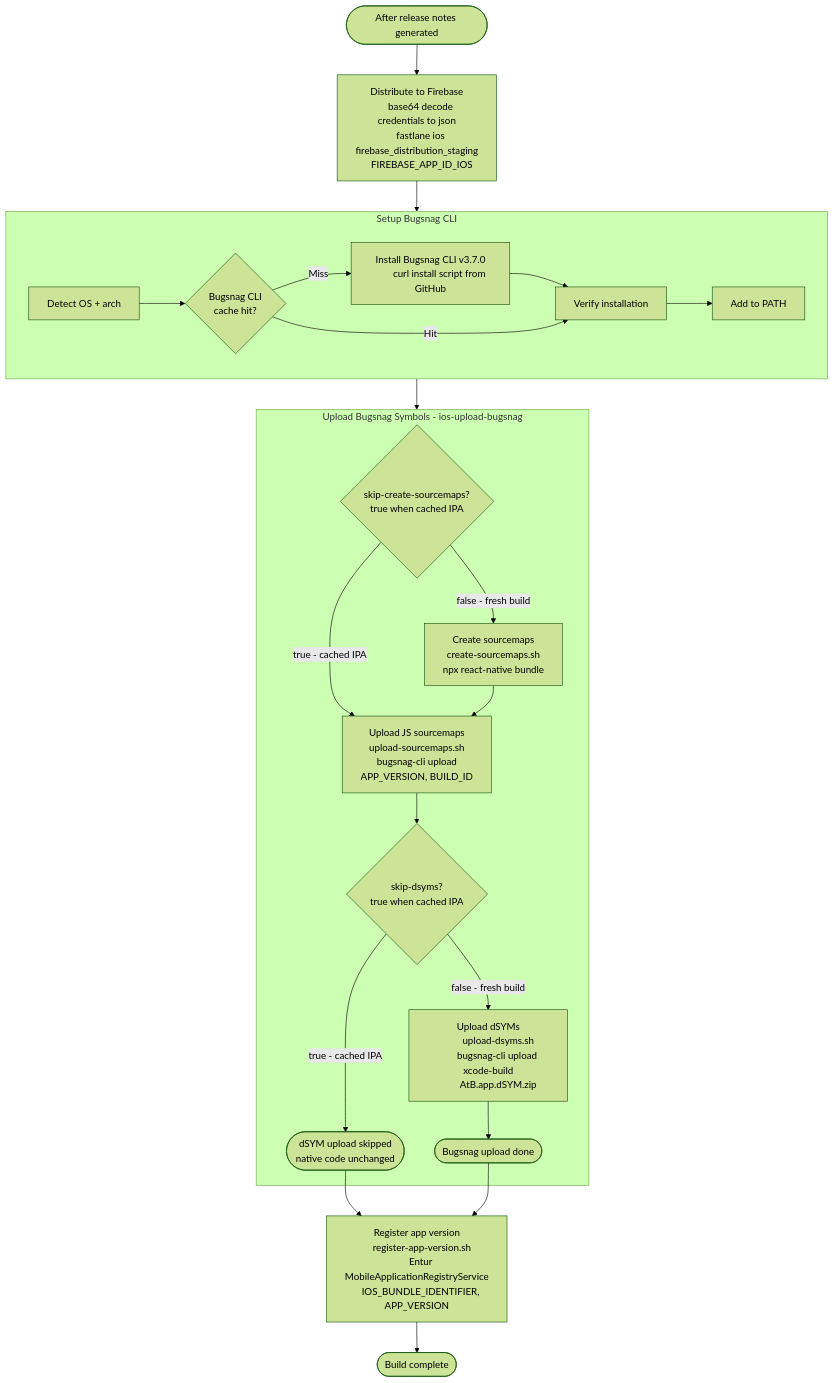
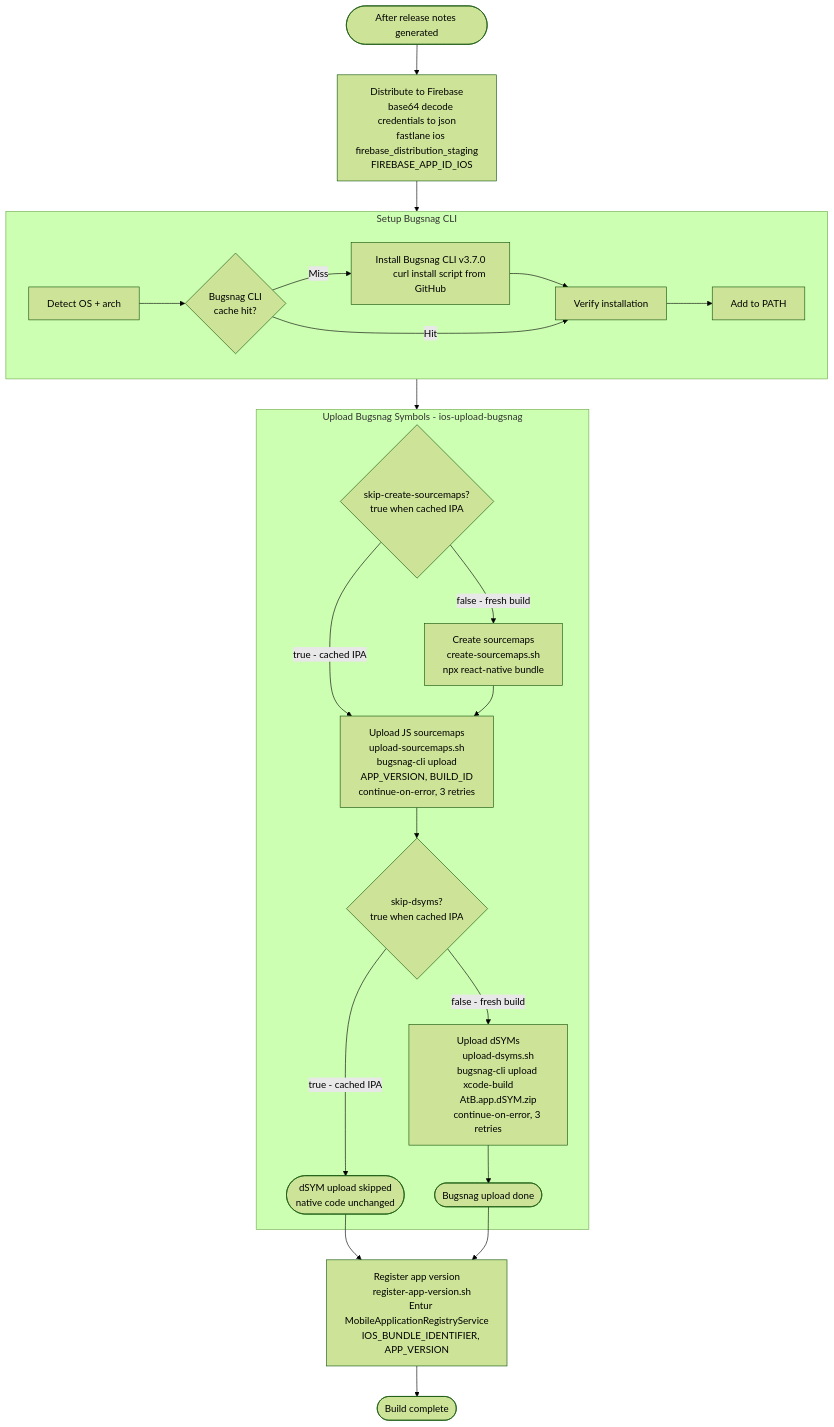
One commit to AtB-AS/mittatb-app changed the fifth of 7 diagrams in docs/ios-build-staging-graph.md. Above: the diagram before and after it, drawn with Mermaid (forest theme). The commit also changed other lines of this file and 2 other files, not shown here.

Commit message:
docs: update build documents

````diff
--- a/docs/ios-build-staging-graph.md
+++ b/docs/ios-build-staging-graph.md
@@ -236,64 +243,66 @@
 ```mermaid
 flowchart TD
     release_notes(["After release notes generated"])
 
     release_notes --> firebase["Distribute to Firebase
     base64 decode credentials to json
     fastlane ios firebase_distribution_staging
     FIREBASE_APP_ID_IOS"]
 
     firebase --> bugsnag_cli_setup
 
     subgraph bugsnag_cli_setup ["Setup Bugsnag CLI"]
         bs_detect["Detect OS + arch"]
         bs_cache{"Bugsnag CLI
         cache hit?"}
         bs_install["Install Bugsnag CLI v3.7.0
         curl install script from GitHub"]
         bs_verify["Verify installation"]
         bs_path["Add to PATH"]
 
         bs_detect --> bs_cache
         bs_cache -- Miss --> bs_install --> bs_verify
         bs_cache -- Hit --> bs_verify
         bs_verify --> bs_path
     end
 
     bugsnag_cli_setup --> bugsnag_upload
 
     subgraph bugsnag_upload ["Upload Bugsnag Symbols - ios-upload-bugsnag"]
         sm_check{"skip-create-sourcemaps?
         true when cached IPA"}
         sm_check -- "false - fresh build" --> create_sm["Create sourcemaps
         create-sourcemaps.sh
         npx react-native bundle"]
         sm_check -- "true - cached IPA" --> upload_sm
 
         create_sm --> upload_sm["Upload JS sourcemaps
         upload-sourcemaps.sh
         bugsnag-cli upload
-        APP_VERSION, BUILD_ID"]
+        APP_VERSION, BUILD_ID
+        continue-on-error, 3 retries"]
 
         upload_sm --> dsym_check{"skip-dsyms?
         true when cached IPA"}
 
         dsym_check -- "false - fresh build" --> upload_dsym["Upload dSYMs
         upload-dsyms.sh
         bugsnag-cli upload xcode-build
-        AtB.app.dSYM.zip"]
+        AtB.app.dSYM.zip
+        continue-on-error, 3 retries"]
         dsym_check -- "true - cached IPA" --> dsym_skip(["dSYM upload skipped
         native code unchanged"])
 
         upload_dsym --> bugsnag_done(["Bugsnag upload done"])
     end
 
     dsym_skip --> register
     bugsnag_done --> register
 
     register["Register app version
     register-app-version.sh
     Entur MobileApplicationRegistryService
     IOS_BUNDLE_IDENTIFIER, APP_VERSION"]
 
     register --> done(["Build complete"])
 ```
````
